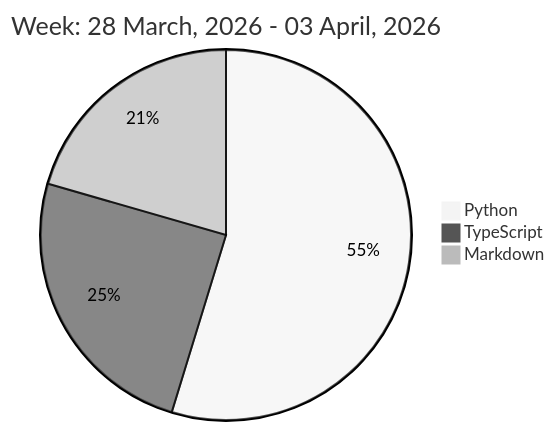
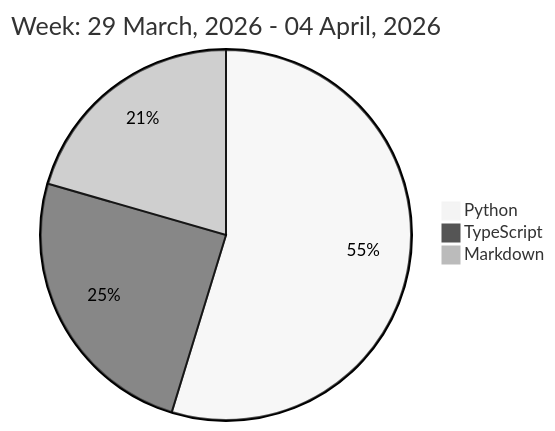
One commit to liubin95/liubin95 changed the diagram in README.md. Above: the diagram before and after it, drawn with Mermaid (neutral theme).

Commit message:
Updated the Graph with new Metrics

````diff
--- a/README.md
+++ b/README.md
@@ -32,7 +32,7 @@
 ```mermaid
  pie
-title Week: 28 March, 2026 - 03 April, 2026
+title Week: 29 March, 2026 - 04 April, 2026
  "Python" : 8.85
  "TypeScript" : 4.0
  "Markdown" : 3.32
 ```
````
